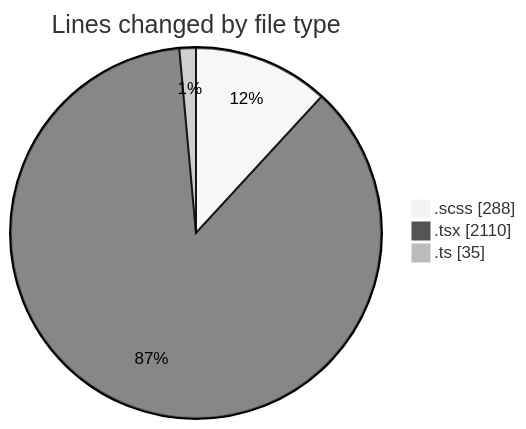
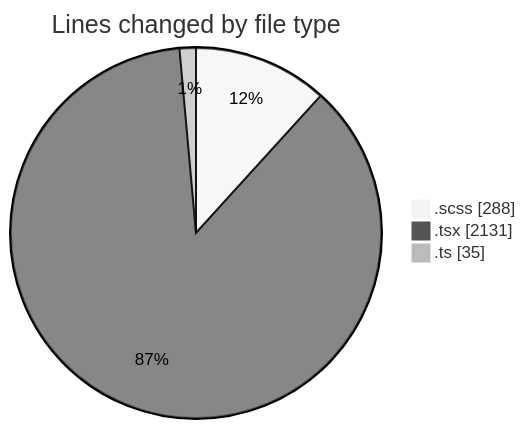
One commit to momahboobian/code-tracking changed the first of 2 diagrams in 2025-02-10/cda/README.md. Above: the diagram before and after it, drawn with Mermaid (neutral theme). The commit also changed other lines of this file and 1 other file, not shown here.

````diff
--- a/2025-02-10/cda/README.md
+++ b/2025-02-10/cda/README.md
@@ -25,7 +25,7 @@
 ```mermaid
 pie showData
 title Lines changed by file type
 ".scss" : 288
-".tsx" : 2110
+".tsx" : 2131
 ".ts" : 35
 ```
````
